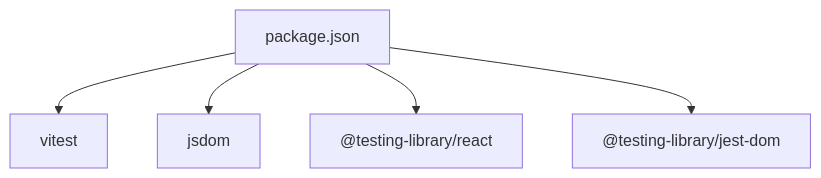
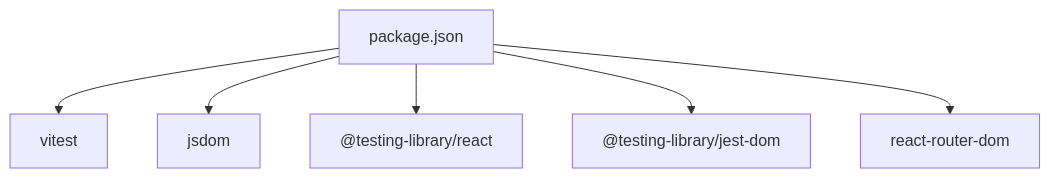
The tenth of 10 diagrams in .qoder/repowiki/en/content/Testing Strategy & Quality Assurance.md (srustivd940-star/design-system), drawn with Mermaid before and after one commit. The commit also changed other lines of this file and 18 other files, not shown here.

````diff
--- a/.qoder/repowiki/en/content/Testing Strategy & Quality Assurance.md
+++ b/.qoder/repowiki/en/content/Testing Strategy & Quality Assurance.md
@@ -355,12 +411,14 @@
 ```mermaid
 graph TB
 Pkg["package.json"]
 Vitest["vitest"]
 JSDOM["jsdom"]
 RTL["@testing-library/react"]
 JestDom["@testing-library/jest-dom"]
+ReactRouter["react-router-dom"]
 Pkg --> Vitest
 Pkg --> JSDOM
 Pkg --> RTL
 Pkg --> JestDom
+Pkg --> ReactRouter
 ```
````
